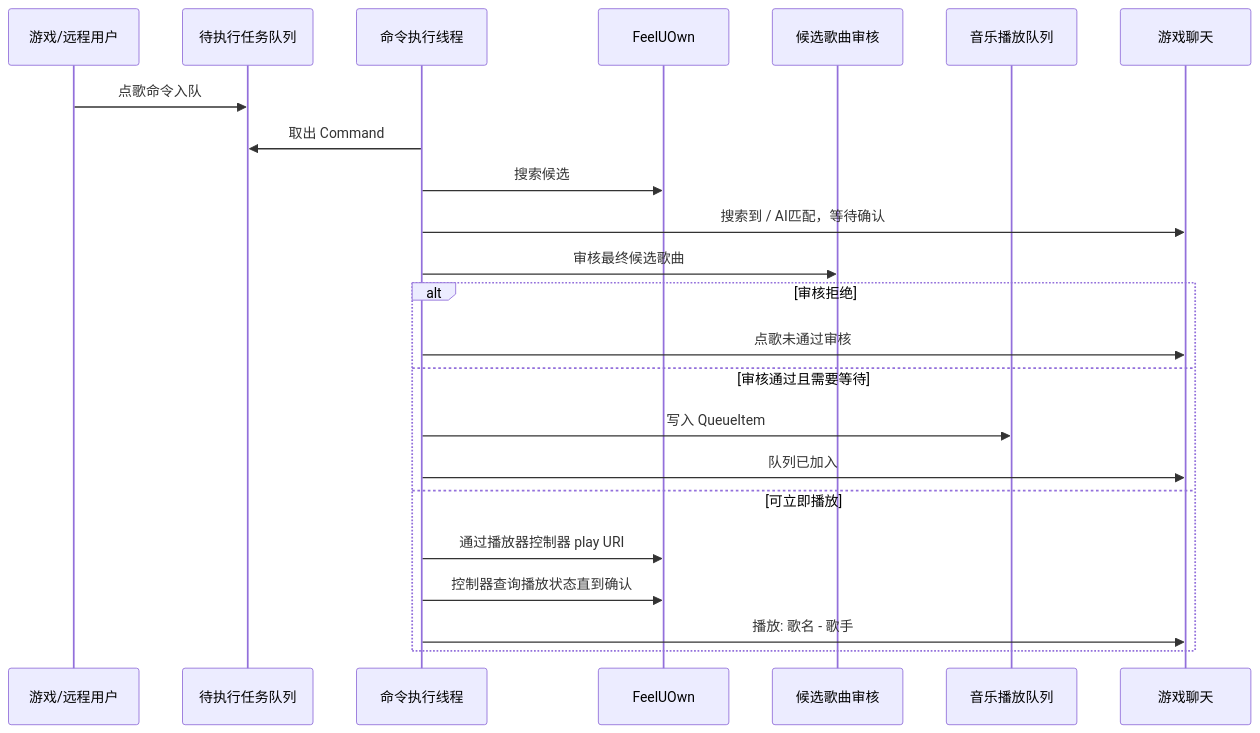
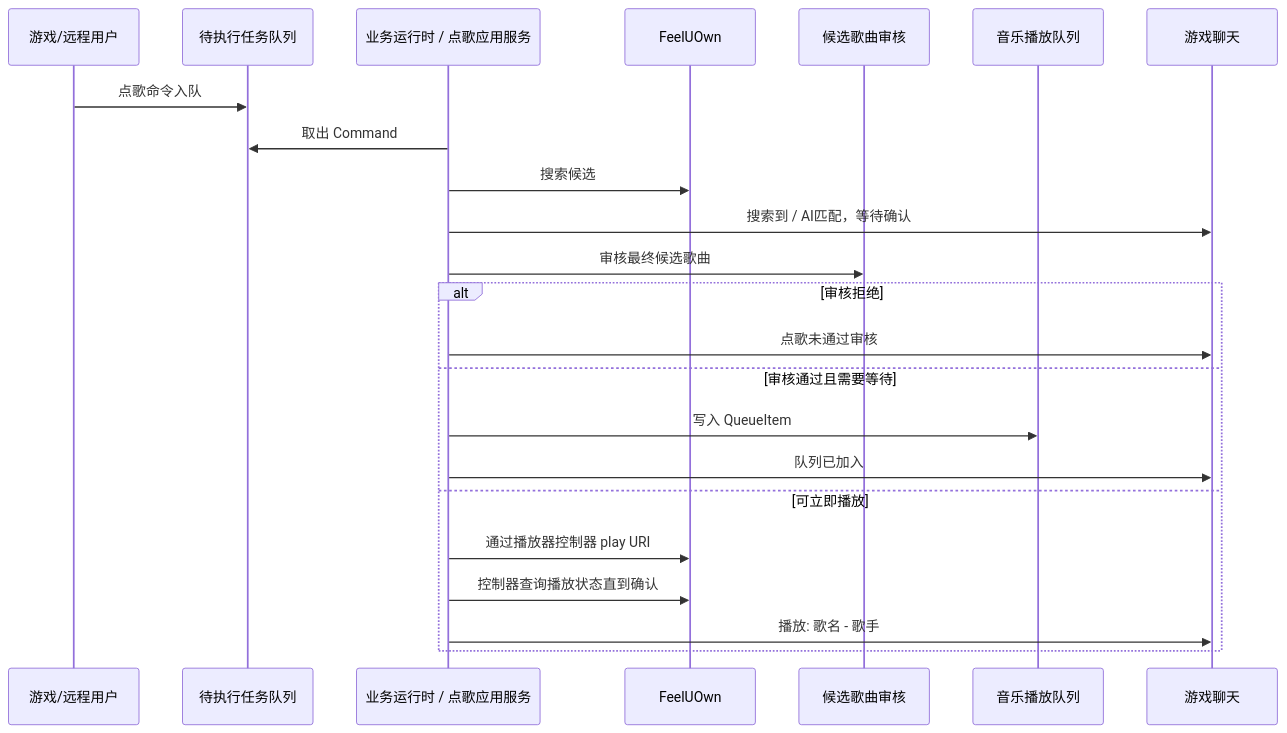
One commit to XingNian-www/Miliastra-Wonderland-Music changed the second of 2 diagrams in docs/song-request-flow.md. Above: the diagram before and after it, drawn with Mermaid. The commit also changed other lines of this file and 105 other files, not shown here.

Commit message:
refactor: finish v2 architecture migration

````diff
--- a/docs/song-request-flow.md
+++ b/docs/song-request-flow.md
@@ -194,26 +195,26 @@
 ```mermaid
 sequenceDiagram
     participant User as 游戏/远程用户
     participant Pending as 待执行任务队列
-    participant Exec as 命令执行线程
+    participant Exec as 业务运行时 / 点歌应用服务
     participant Fuo as FeelUOwn
     participant Review as 候选歌曲审核
     participant Queue as 音乐播放队列
     participant Game as 游戏聊天
 
     User->>Pending: 点歌命令入队
     Exec->>Pending: 取出 Command
     Exec->>Fuo: 搜索候选
     Exec->>Game: 搜索到 / AI匹配，等待确认
     Exec->>Review: 审核最终候选歌曲
     alt 审核拒绝
         Exec->>Game: 点歌未通过审核
     else 审核通过且需要等待
         Exec->>Queue: 写入 QueueItem
         Exec->>Game: 队列已加入
     else 可立即播放
         Exec->>Fuo: 通过播放器控制器 play URI
         Exec->>Fuo: 控制器查询播放状态直到确认
         Exec->>Game: 播放: 歌名 - 歌手
     end
 ```
````
